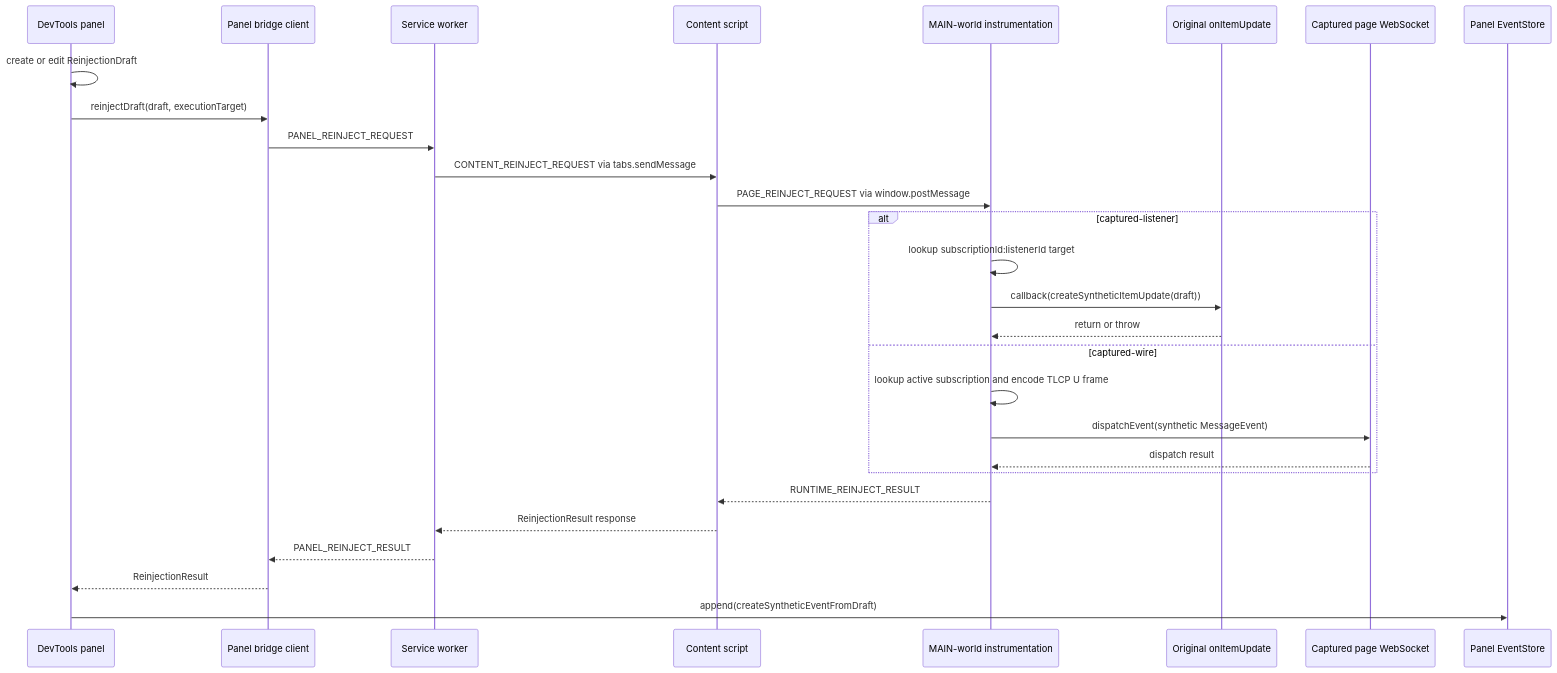
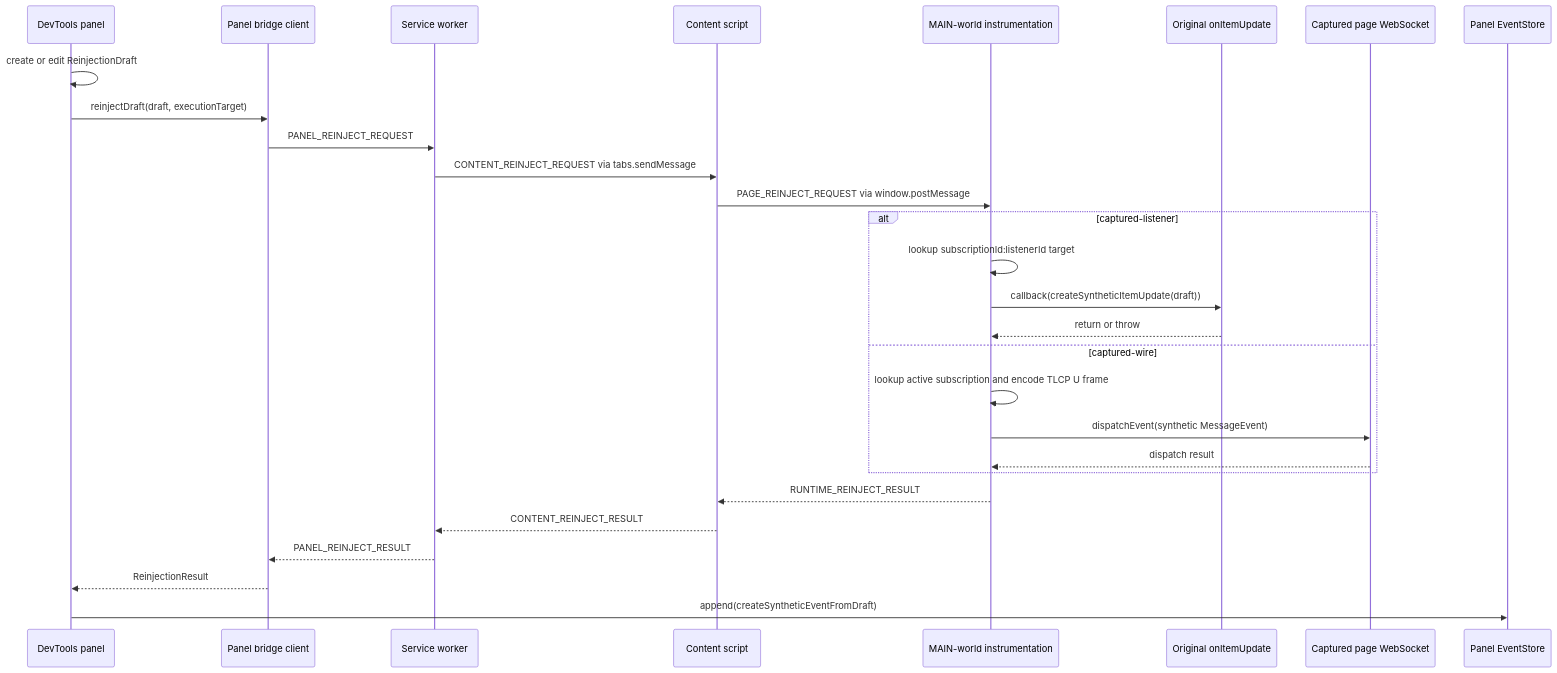
The seventh of 7 diagrams in docs/ARCHITECTURE.md (imom39a/lightstreamer-workbench-extension), drawn with Mermaid before and after one commit. The commit also changed other lines of this file and 18 other files, not shown here.

````diff
--- a/docs/ARCHITECTURE.md
+++ b/docs/ARCHITECTURE.md
@@ -650,31 +650,31 @@
 ```mermaid
 sequenceDiagram
   participant UI as DevTools panel
   participant PBC as Panel bridge client
   participant BG as Service worker
   participant CS as Content script
   participant Inj as MAIN-world instrumentation
   participant Listener as Original onItemUpdate
   participant WS as Captured page WebSocket
   participant Store as Panel EventStore
 
   UI->>UI: create or edit ReinjectionDraft
   UI->>PBC: reinjectDraft(draft, executionTarget)
   PBC->>BG: PANEL_REINJECT_REQUEST
   BG->>CS: CONTENT_REINJECT_REQUEST via tabs.sendMessage
   CS->>Inj: PAGE_REINJECT_REQUEST via window.postMessage
   alt captured-listener
     Inj->>Inj: lookup subscriptionId:listenerId target
     Inj->>Listener: callback(createSyntheticItemUpdate(draft))
     Listener-->>Inj: return or throw
   else captured-wire
     Inj->>Inj: lookup active subscription and encode TLCP U frame
     Inj->>WS: dispatchEvent(synthetic MessageEvent)
     WS-->>Inj: dispatch result
   end
   Inj-->>CS: RUNTIME_REINJECT_RESULT
-  CS-->>BG: ReinjectionResult response
+  CS-->>BG: CONTENT_REINJECT_RESULT
   BG-->>PBC: PANEL_REINJECT_RESULT
   PBC-->>UI: ReinjectionResult
   UI->>Store: append(createSyntheticEventFromDraft)
 ```
````
